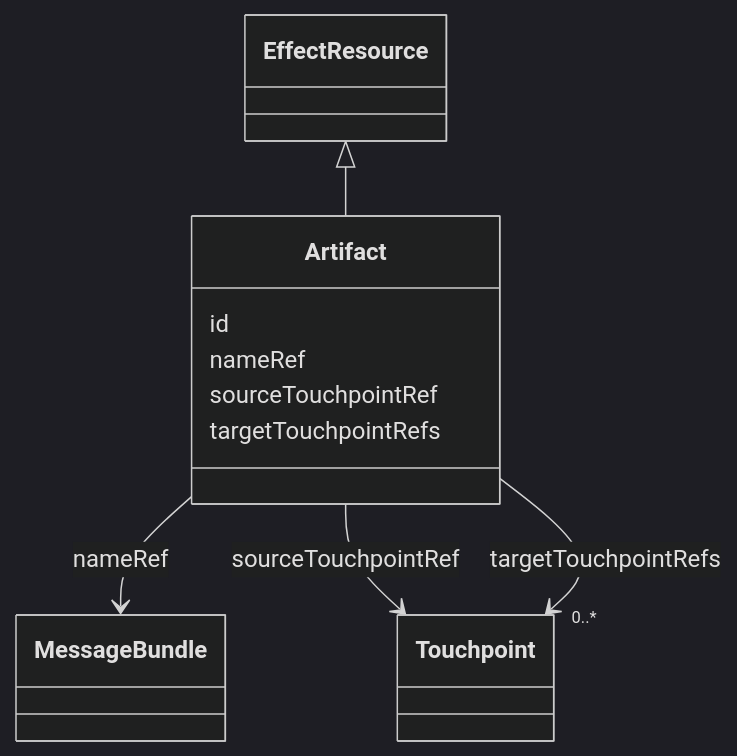
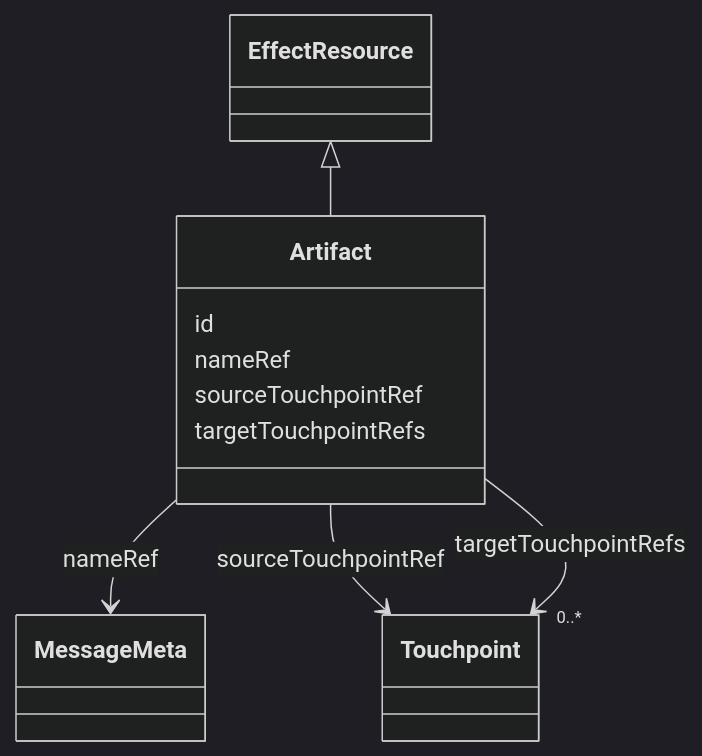
Before and after one commit to openuji/spec-ujg: the diagram in specs/ed/modules/artifact/index.md, drawn with Mermaid (dark theme). The commit also changed other lines of this file and 53 other files, not shown here.

````diff
--- a/specs/ed/modules/artifact/index.md
+++ b/specs/ed/modules/artifact/index.md
@@ -47,16 +47,16 @@
 ```mermaid
 classDiagram
   class Touchpoint
-  class MessageBundle
+  class MessageMeta
   class EffectResource
   class Artifact {
     id
     nameRef
     sourceTouchpointRef
     targetTouchpointRefs
   }
   EffectResource <|-- Artifact
-  Artifact --> MessageBundle : nameRef
+  Artifact --> MessageMeta : nameRef
   Artifact --> Touchpoint : sourceTouchpointRef
   Artifact --> "0..*" Touchpoint : targetTouchpointRefs
 ```
````
